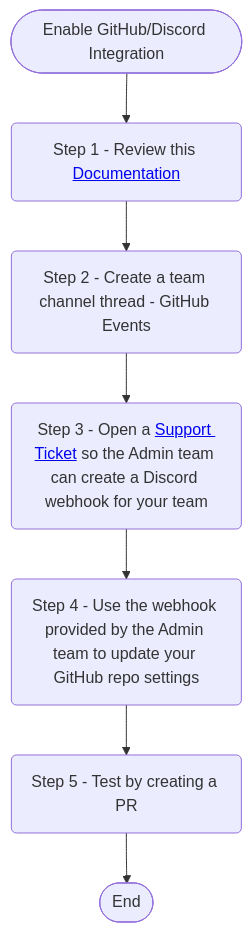
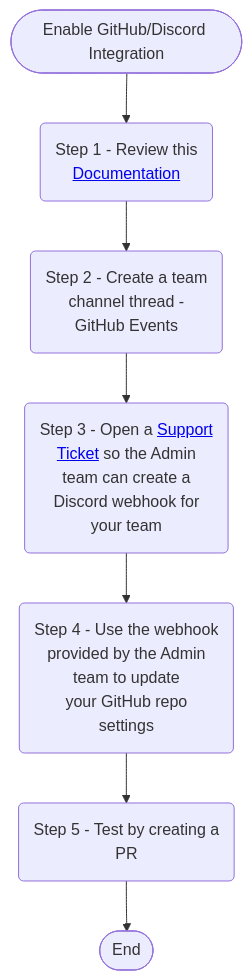
Before and after one commit to chingu-voyages/Handbook: the diagram in docs/guides/voyage/topics/tips_dev_github_discord.md, drawn with Mermaid. The commit also changed 2 other files, not shown here.

Commit message:
Feature: Update Voyage Meeting Advice

````diff
--- a/docs/guides/voyage/topics/tips_dev_github_discord.md
+++ b/docs/guides/voyage/topics/tips_dev_github_discord.md
@@ -16,9 +16,9 @@
 ```mermaid
 flowchart TB
-   A(["Enable GitHub/Discord Integration"]) --> B(Step 1 - Review this <a href='https://gist.github.com/jagrosh/5b1761213e33fc5b54ec7f6379034a22' target='_blank'>Documentation</a>);
-   B --> C(Step 2 - Create a team channel thread - GitHub Events);
-   C --> D(Step 3 - Open a <a href='https://discord.com/channels/330284646283608064/1193342042080817323' target='_blank'>Support Ticket</a> so the Admin team can create a Discord webhook for your team);
-   D --> E(Step 4 - Use the webhook provided by the Admin team to update your GitHub repo settings);
-   E --> F(Step 5 - Test by creating a PR);
+   A(["Enable GitHub/Discord Integration"]) --> B(Step 1 - Review this </br><a href='https://gist.github.com/jagrosh/5b1761213e33fc5b54ec7f6379034a22' target='_blank'>Documentation</a>);
+   B --> C(Step 2 - Create a team</br>channel thread -</br>GitHub Events);
+   C --> D(Step 3 - Open a <a href='https://discord.com/channels/330284646283608064/1193342042080817323' target='_blank'>Support</br>Ticket</a> so the Admin</br>team can create a</br>Discord webhook for</br>your team);
+   D --> E(Step 4 - Use the webhook</br>provided by the Admin</br>team to update</br>your GitHub repo</br>settings);
+   E --> F(Step 5 - Test by creating a</br>PR);
    F --> Z([End]);
 ```
````
